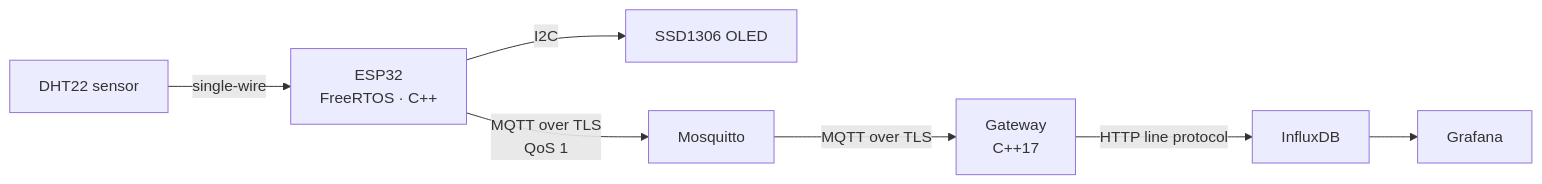
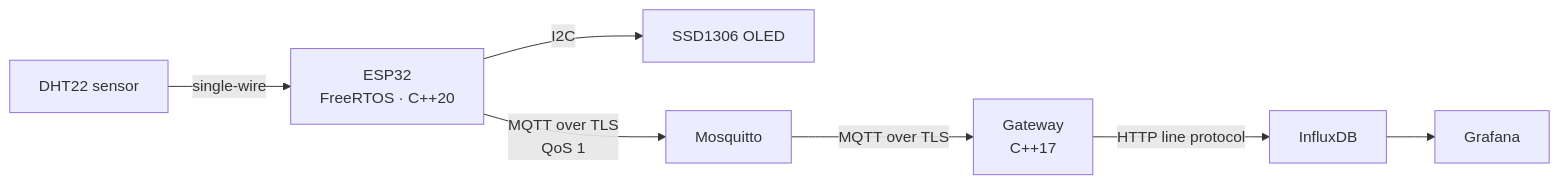
Before and after one commit to rnivell0/agro-telemetry: the diagram in README.md, drawn with Mermaid. The commit also changed other lines of this file, not shown here.

Commit message:
Nombrar el estándar del firmware en la introducción del README
La primera línea solo decía C++17 para el gateway, y se leía como si
todo el proyecto fuera C++17. El firmware es C++20.

````diff
--- a/README.md
+++ b/README.md
@@ -5,9 +5,9 @@
 ```mermaid
 flowchart LR
-    S[DHT22 sensor] -->|single-wire| E[ESP32<br/>FreeRTOS · C++]
+    S[DHT22 sensor] -->|single-wire| E[ESP32<br/>FreeRTOS · C++20]
     E -->|I2C| O[SSD1306 OLED]
     E -->|MQTT over TLS<br/>QoS 1| M[Mosquitto]
     M -->|MQTT over TLS| G[Gateway<br/>C++17]
     G -->|HTTP line protocol| I[InfluxDB]
     I --> F[Grafana]
 ```
````
